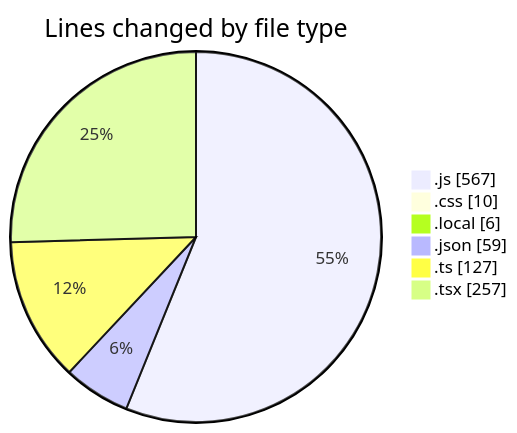
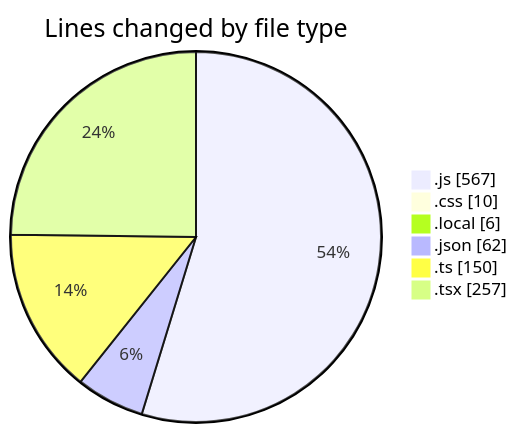
Before and after one commit to Ritupan-Deka/code-tracking: the first of 2 diagrams in 2025-05-04/houserentalservice/README.md, drawn with Mermaid. The commit also changed other lines of this file and 1 other file, not shown here.

````diff
--- a/2025-05-04/houserentalservice/README.md
+++ b/2025-05-04/houserentalservice/README.md
@@ -50,10 +50,10 @@
 ```mermaid
 pie showData
 title Lines changed by file type
 ".js" : 567
 ".css" : 10
 ".local" : 6
-".json" : 59
-".ts" : 127
+".json" : 62
+".ts" : 150
 ".tsx" : 257
 ```
````
